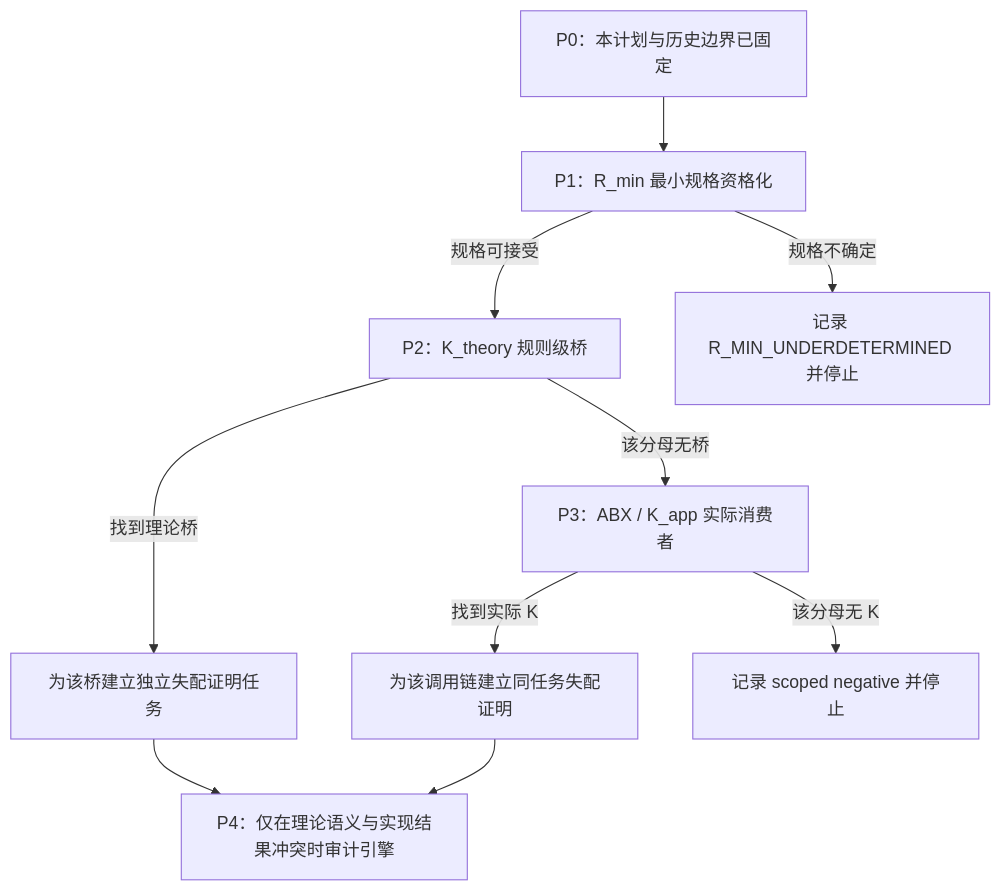
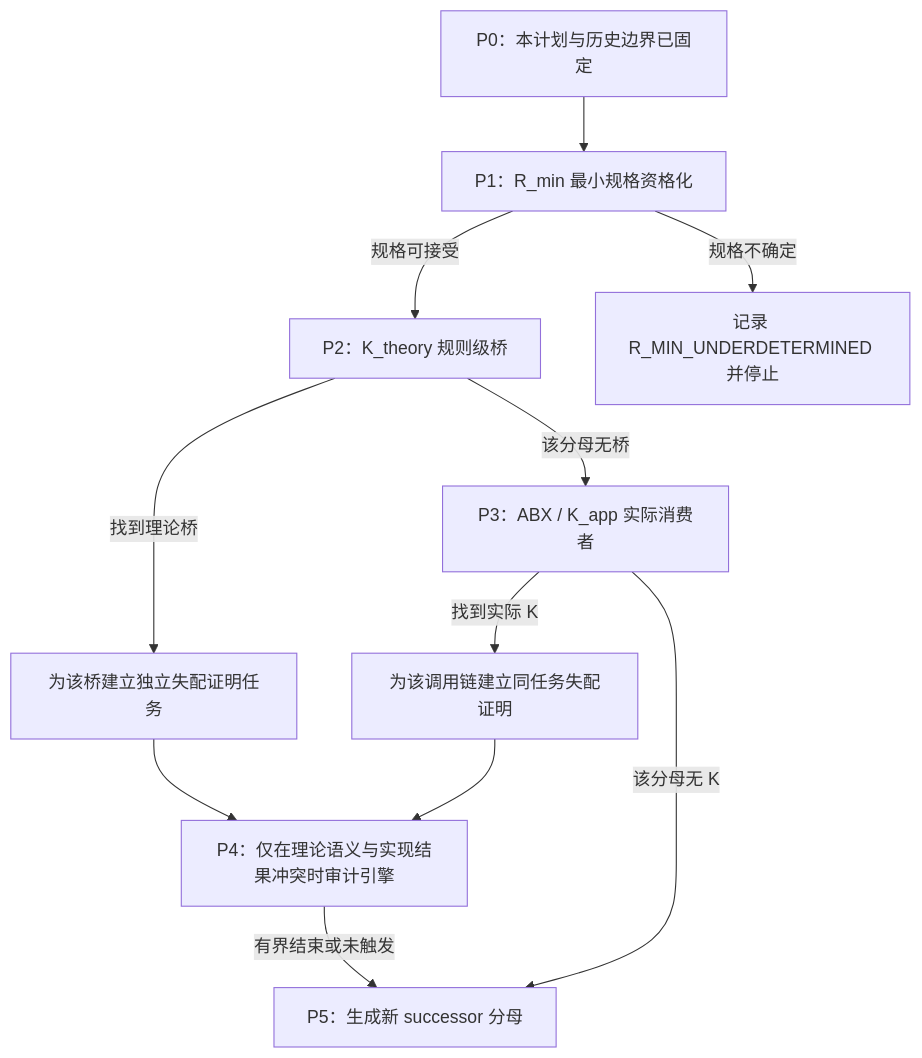
The diagram in HoTT后续研究总体方案/003 - 分支顺序、准入与停止条件.md (math-fournity/HoTT-Paradoxy), drawn with Mermaid before and after one commit. The commit also changed other lines of this file and 16 other files, not shown here.

````diff
--- a/HoTT后续研究总体方案/003 - 分支顺序、准入与停止条件.md
+++ b/HoTT后续研究总体方案/003 - 分支顺序、准入与停止条件.md
@@ -9,13 +9,14 @@
 ```mermaid
 flowchart TD
   P0[P0：本计划与历史边界已固定] --> P1[P1：R_min 最小规格资格化]
   P1 -->|规格可接受| P2[P2：K_theory 规则级桥]
   P1 -->|规格不确定| S1[记录 R_MIN_UNDERDETERMINED 并停止]
   P2 -->|找到理论桥| M1[为该桥建立独立失配证明任务]
   P2 -->|该分母无桥| P3[P3：ABX / K_app 实际消费者]
   P3 -->|找到实际 K| M2[为该调用链建立同任务失配证明]
-  P3 -->|该分母无 K| S3[记录 scoped negative 并停止]
+  P3 -->|该分母无 K| P5[P5：生成新 successor 分母]
   M1 --> P4
   M2 --> P4
   P4[P4：仅在理论语义与实现结果冲突时审计引擎]
+  P4 -->|有界结束或未触发| P5
 ```
````
